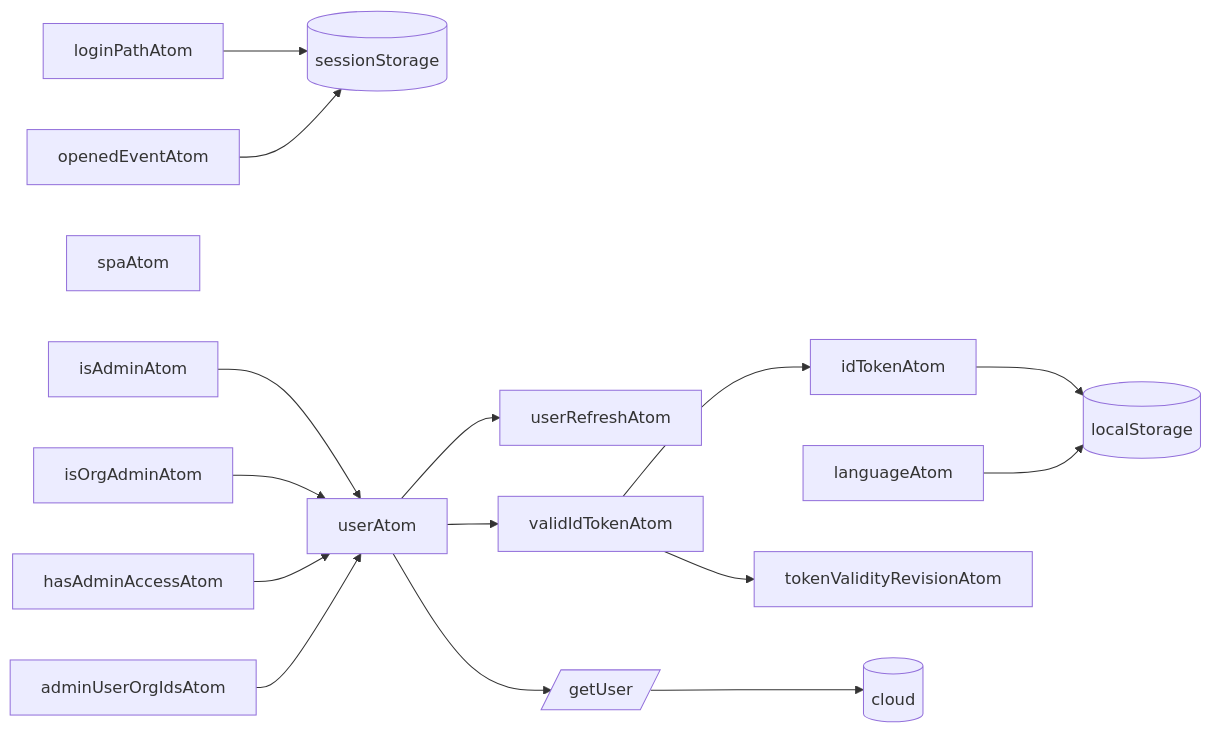
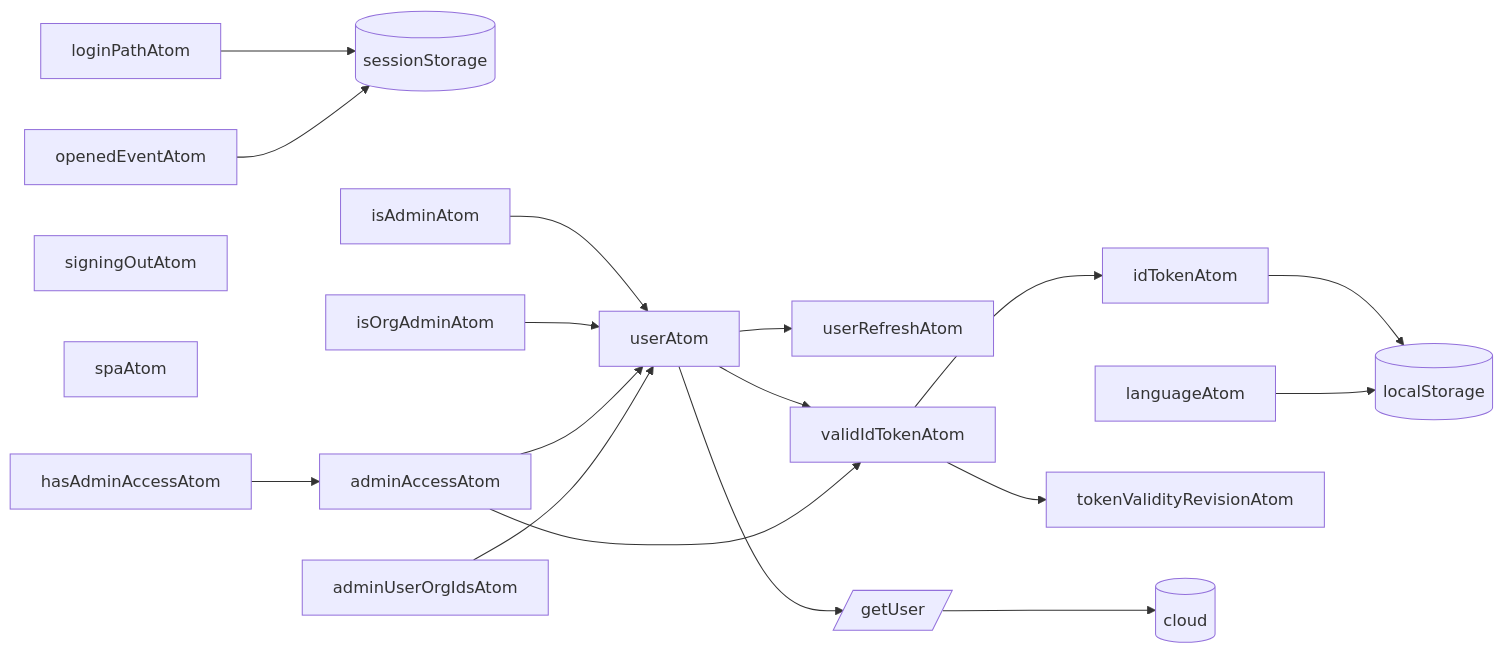
One commit to koekalenteri/koekalenteri changed the seventh of 7 diagrams in src/pages/state/README.md. Above: the diagram before and after it, drawn with Mermaid. The commit also changed other lines of this file and 29 other files, not shown here.

First line of the commit message:
fix(app): a signed-in user without admin access is told so, not sent to login (KOE-1734) (#1796)

````diff
--- a/src/pages/state/README.md
+++ b/src/pages/state/README.md
@@ -126,27 +131,30 @@
 ```mermaid
 graph LR
   idTokenAtom-->localStorage
   languageAtom-->localStorage
   loginPathAtom-->sessionStorage
   openedEventAtom-->sessionStorage
   tokenValidityRevisionAtom
   userRefreshAtom
+  signingOutAtom
   spaAtom
 
   localStorage[(localStorage)]
   sessionStorage[(sessionStorage)]
 
   validIdTokenAtom-->tokenValidityRevisionAtom
   validIdTokenAtom-->idTokenAtom
 
   userAtom-->validIdTokenAtom
   userAtom-->userRefreshAtom
   userAtom-->getUser[/getUser/]-->aws
 
   isAdminAtom-->userAtom
   isOrgAdminAtom-->userAtom
-  hasAdminAccessAtom-->userAtom
+  adminAccessAtom-->userAtom
+  adminAccessAtom-->validIdTokenAtom
+  hasAdminAccessAtom-->adminAccessAtom
   adminUserOrgIdsAtom-->userAtom
 
   aws[(cloud)]
 ```
````
